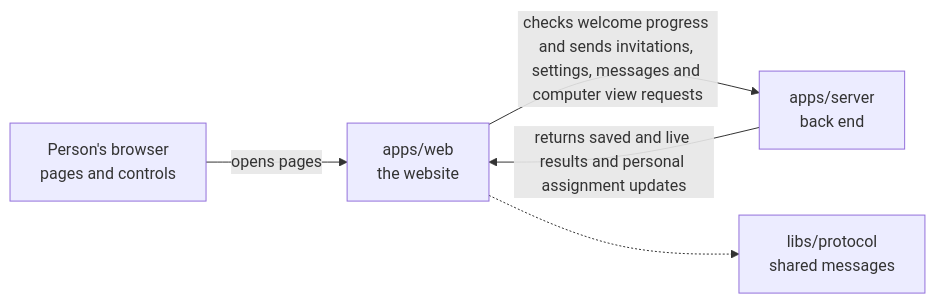
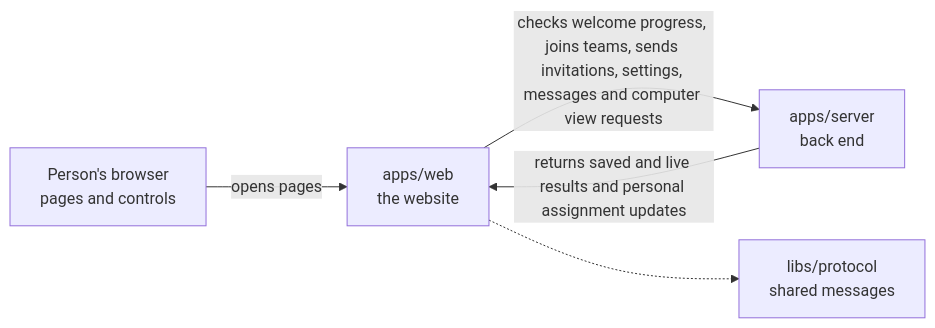
One commit to elewa-git/opencrane-new changed the diagram in apps/web/README.md. Above: the diagram before and after it, drawn with Mermaid. The commit also changed other lines of this file and 2 other files, not shown here.

Commit message:
📝 Describe personal computer viewing in the guides

````diff
--- a/apps/web/README.md
+++ b/apps/web/README.md
@@ -17,7 +17,7 @@
 ```mermaid
 flowchart LR
   browser["Person's browser<br/>pages and controls"] -->|opens pages| web["apps/web<br/>the website"]
-  web -->|checks welcome progress and sends invitations, settings, messages and computer view requests| server["apps/server<br/>back end"]
+  web -->|checks welcome progress, joins teams, sends invitations, settings, messages and computer view requests| server["apps/server<br/>back end"]
   server -->|returns saved and live results and personal assignment updates| web
   web -.-> protocol["libs/protocol<br/>shared messages"]
 ```
````
